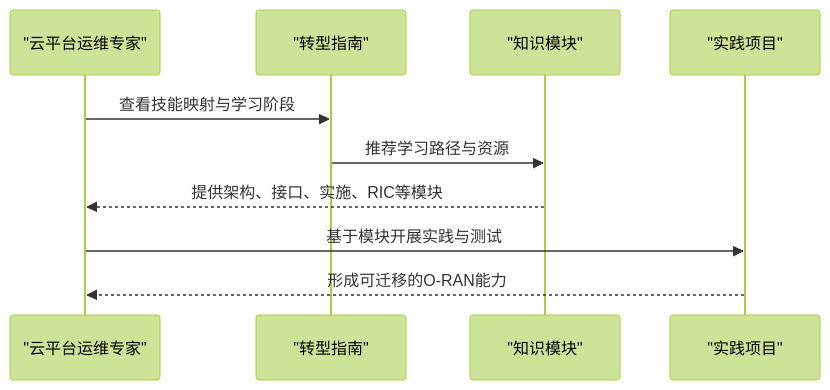
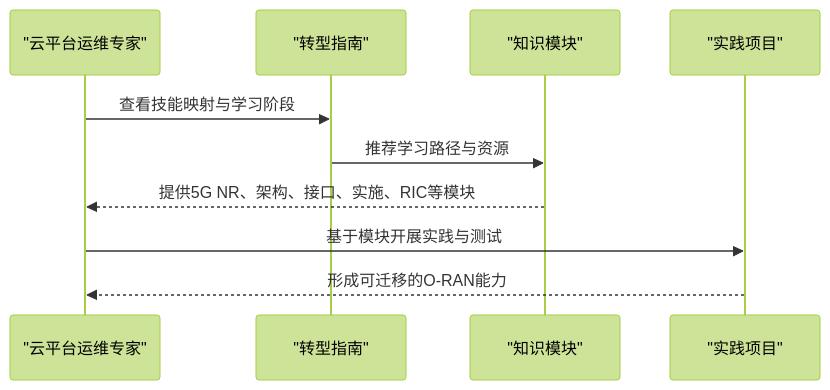
One commit to allengaller/oran-database changed the sixth of 8 diagrams in .qoder/repowiki/zh/content/项目概述.md. Above: the diagram before and after it, drawn with Mermaid (forest theme). The commit also changed other lines of this file and 4 other files, not shown here.

````diff
--- a/.qoder/repowiki/zh/content/项目概述.md
+++ b/.qoder/repowiki/zh/content/项目概述.md
@@ -229,12 +276,12 @@
 ```mermaid
 sequenceDiagram
 participant Pro as "云平台运维专家"
 participant Guide as "转型指南"
 participant Modules as "知识模块"
 participant Practice as "实践项目"
 Pro->>Guide : 查看技能映射与学习阶段
 Guide->>Modules : 推荐学习路径与资源
-Modules-->>Pro : 提供架构、接口、实施、RIC等模块
+Modules-->>Pro : 提供5G NR、架构、接口、实施、RIC等模块
 Pro->>Practice : 基于模块开展实践与测试
 Practice-->>Pro : 形成可迁移的O-RAN能力
 ```
````
